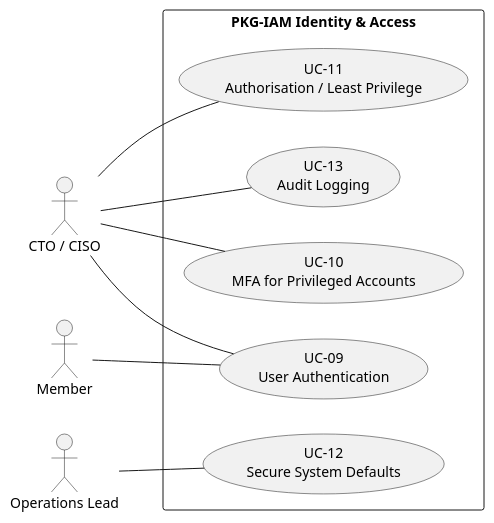
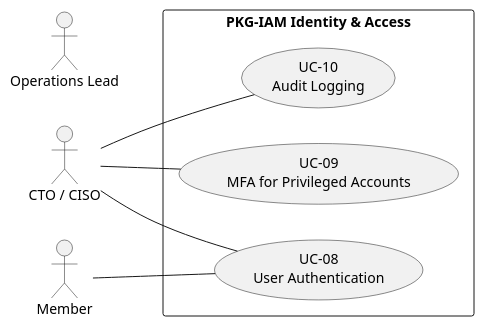
The ninth of 11 diagrams in 02_CASES/Case_01_TinyTask_SaaS/03_PHASE3_DECOMPOSITION_RICH/annexes/A_Use_Case_Diagrams.md (pauloribeiro16/Methodology_compact), drawn with PlantUML before and after one commit. The commit also changed other lines of this file and 23 other files, not shown here.

Commit message:
[EXECUTOR] F3 ledger-zero C1: 4 borderline re-laned (UC-07/11/12/16 → PROC-18..21, P7) + compact renumber (36 UCs: compliance 01..13, product 14..36); Doc20 v3.4 + Doc32 v1.3 (4 SSDF cards + articulation) + annexes/SVGs; gates green (verify_rich exit 0, mermaid 196/196, smoke 16/16)

````diff
--- a/02_CASES/Case_01_TinyTask_SaaS/03_PHASE3_DECOMPOSITION_RICH/annexes/A_Use_Case_Diagrams.md
+++ b/02_CASES/Case_01_TinyTask_SaaS/03_PHASE3_DECOMPOSITION_RICH/annexes/A_Use_Case_Diagrams.md
@@ -314,21 +312,17 @@
 ```plantuml
 @startuml
 left to right direction
 actor "CTO / CISO" as CTO
 actor "Operations Lead" as OPS
 actor "Member" as MEM
 rectangle "PKG-IAM Identity & Access" {
-usecase "UC-09\nUser Authentication" as UC311
-usecase "UC-10\nMFA for Privileged Accounts" as UC312
-usecase "UC-11\nAuthorisation / Least Privilege" as UC321
-usecase "UC-12\nSecure System Defaults" as UC331
-usecase "UC-13\nAudit Logging" as UC351
+usecase "UC-08\nUser Authentication" as UC311
+usecase "UC-09\nMFA for Privileged Accounts" as UC312
+usecase "UC-10\nAudit Logging" as UC351
 }
 MEM -- UC311
 CTO -- UC311
 CTO -- UC312
-CTO -- UC321
 CTO -- UC351
-OPS -- UC331
 @enduml
 ```
````
